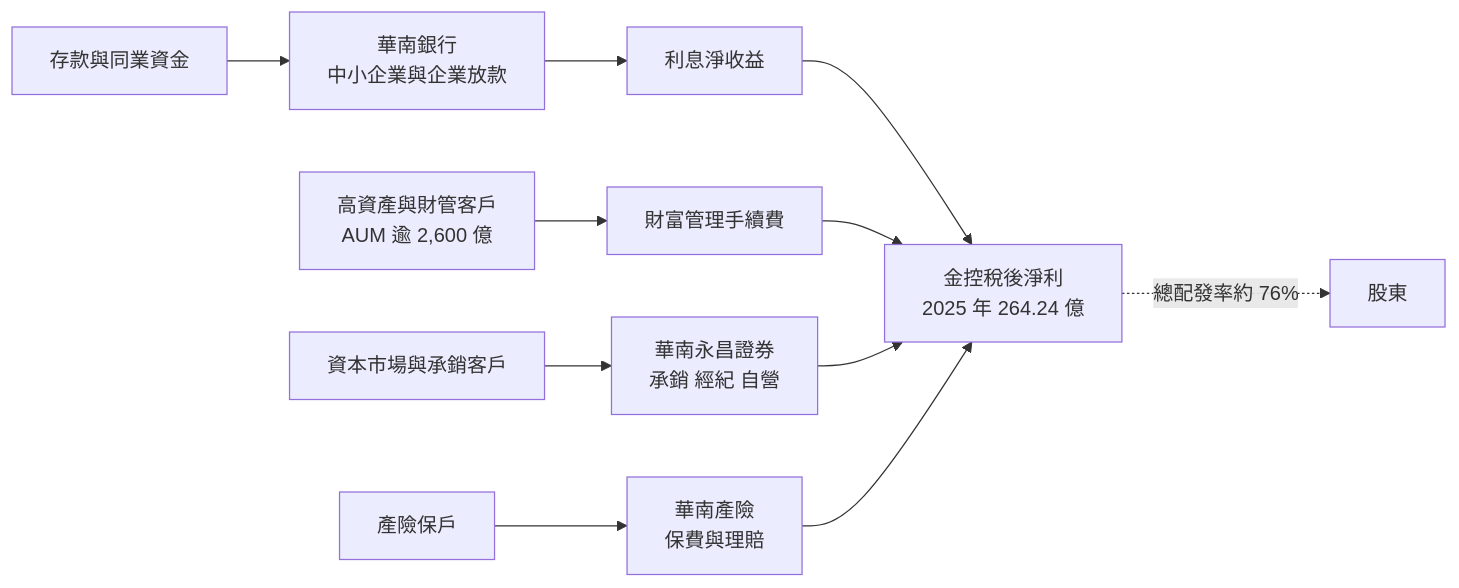
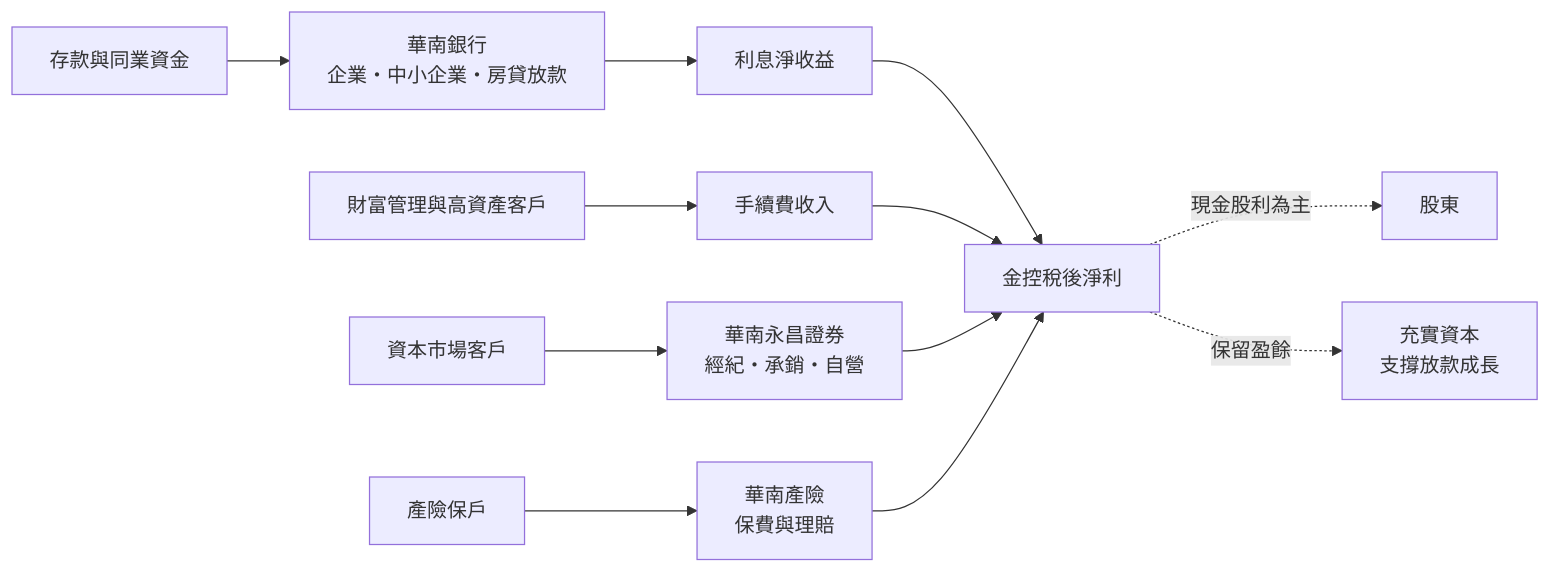
One commit to wangnick1004/taiwan-stock-vault changed the second of 4 diagrams in 個股/台股/2880華南金.md. Above: the diagram before and after it, drawn with Mermaid. The commit also changed other lines of this file and 12 other files, not shown here.

````diff
--- a/個股/台股/2880華南金.md
+++ b/個股/台股/2880華南金.md
@@ -67,13 +66,14 @@
 ```mermaid
 flowchart LR
-    A["存款與同業資金"] --> B["華南銀行<br/>中小企業與企業放款"]
+    A[存款與同業資金] --> B["華南銀行<br/>企業・中小企業・房貸放款"]
     B --> C[利息淨收益]
-    D["高資產與財管客戶<br/>AUM 逾 2,600 億"] --> E[財富管理手續費]
-    F["資本市場與承銷客戶"] --> G["華南永昌證券<br/>承銷 經紀 自營"]
-    H["產險保戶"] --> I["華南產險<br/>保費與理賠"]
-    C --> J["金控稅後淨利<br/>2025 年 264.24 億"]
+    D[財富管理與高資產客戶] --> E[手續費收入]
+    F[資本市場客戶] --> G["華南永昌證券<br/>經紀・承銷・自營"]
+    H[產險保戶] --> I["華南產險<br/>保費與理賠"]
+    C --> J[金控稅後淨利]
     E --> J
     G --> J
     I --> J
-    J -. 總配發率約 76% .-> K[股東]
+    J -. 現金股利為主 .-> K[股東]
+    J -. 保留盈餘 .-> L["充實資本<br/>支撐放款成長"]
 ```
````
